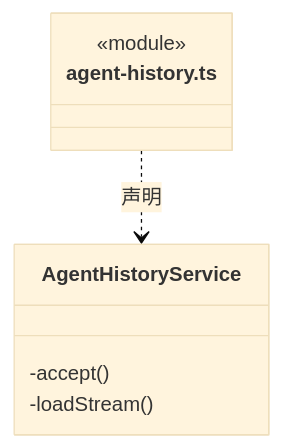
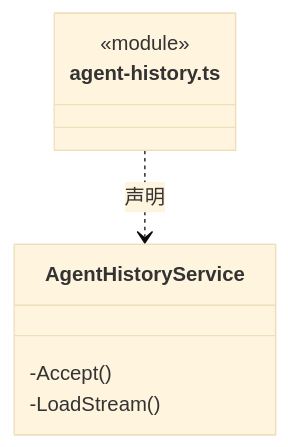
The third of 3 diagrams in src/logic/history/runtime/ARCHITECTURE.md (nan023062/cbim), drawn with Mermaid (base theme) before and after one commit. The commit also changed other lines of this file and 1035 other files, not shown here.

````diff
--- a/src/logic/history/runtime/ARCHITECTURE.md
+++ b/src/logic/history/runtime/ARCHITECTURE.md
@@ -104,11 +104,11 @@
 ```mermaid
 classDiagram
 class N_src_logic_history_runtime_agent_history_ts["agent-history.ts"] {
   <<module>>
 }
 class N_src_logic_history_runtime_agent_history_ts_AgentHistoryService["AgentHistoryService"] {
-  -accept()
-  -loadStream()
+  -Accept()
+  -LoadStream()
 }
 N_src_logic_history_runtime_agent_history_ts ..> N_src_logic_history_runtime_agent_history_ts_AgentHistoryService : 声明
 ```
````
